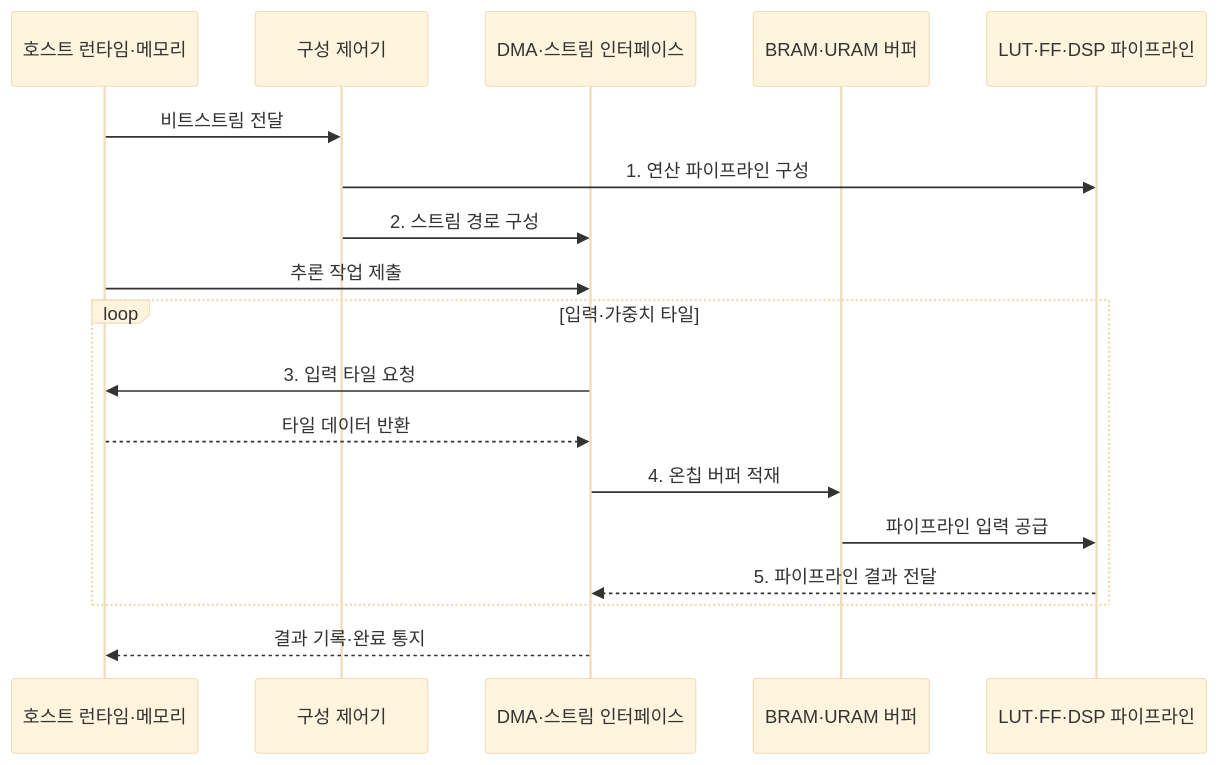
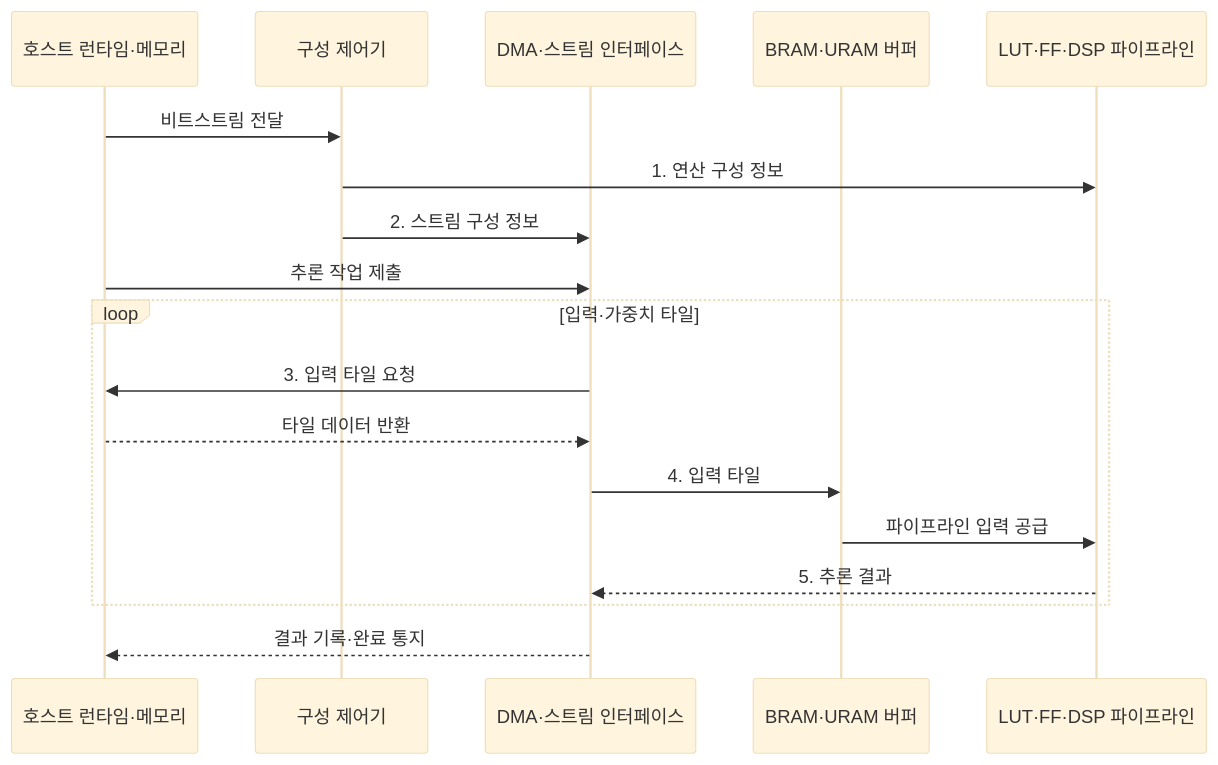
One commit to agnusdei1207/knowledge-base changed the second of 2 diagrams in src/content/docs/notes/02-hardware/039_fpga_ai_acceleration.md. Above: the diagram before and after it, drawn with Mermaid (base theme). The commit also changed other lines of this file and 20 other files, not shown here.

````diff
--- a/src/content/docs/notes/02-hardware/039_fpga_ai_acceleration.md
+++ b/src/content/docs/notes/02-hardware/039_fpga_ai_acceleration.md
@@ -96,21 +99,21 @@
 ```mermaid
 sequenceDiagram
     participant H as 호스트 런타임·메모리
     participant C as 구성 제어기
     participant D as DMA·스트림 인터페이스
     participant B as BRAM·URAM 버퍼
     participant P as LUT·FF·DSP 파이프라인
 
     H->>C: 비트스트림 전달
-    C->>P: 1. 연산 파이프라인 구성
-    C->>D: 2. 스트림 경로 구성
+    C->>P: 1. 연산 구성 정보
+    C->>D: 2. 스트림 구성 정보
     H->>D: 추론 작업 제출
     loop 입력·가중치 타일
         D->>H: 3. 입력 타일 요청
         H-->>D: 타일 데이터 반환
-        D->>B: 4. 온칩 버퍼 적재
+        D->>B: 4. 입력 타일
         B->>P: 파이프라인 입력 공급
-        P-->>D: 5. 파이프라인 결과 전달
+        P-->>D: 5. 추론 결과
     end
     D-->>H: 결과 기록·완료 통지
 ```
````
